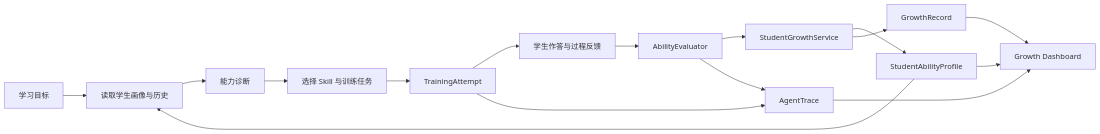
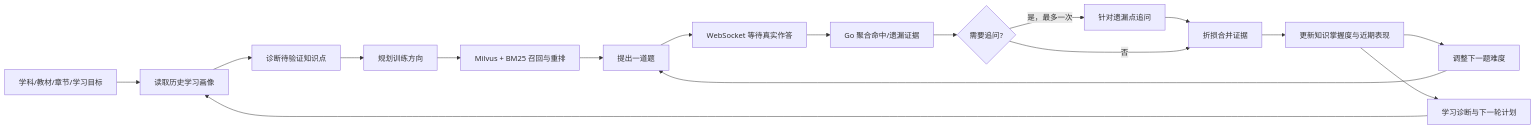
The diagram in README.md (haishuiwu/Interview-Agent), drawn with Mermaid before and after one commit. The commit also changed other lines of this file and 245 other files, not shown here.

````diff
--- a/README.md
+++ b/README.md
@@ -22,18 +22,19 @@
 ```mermaid
 flowchart LR
-    A[学习目标] --> B[读取学生画像与历史]
-    B --> C[能力诊断]
-    C --> D[选择 Skill 与训练任务]
-    D --> E[TrainingAttempt]
-    E --> F[学生作答与过程反馈]
-    F --> G[AbilityEvaluator]
-    G --> H[StudentGrowthService]
-    H --> I[StudentAbilityProfile]
-    H --> J[GrowthRecord]
-    I --> B
-    E --> K[AgentTrace]
-    G --> K
-    I --> L[Growth Dashboard]
-    J --> L
-    K --> L
+    A[学科/教材/章节/学习目标] --> B[读取历史学习画像]
+    B --> C[诊断待验证知识点]
+    C --> D[规划训练方向]
+    D --> E[Milvus + BM25 召回与重排]
+    E --> F[提出一道题]
+    F --> G[WebSocket 等待真实作答]
+    G --> H[Go 聚合命中/遗漏证据]
+    H --> I{需要追问?}
+    I -- 是，最多一次 --> J[针对遗漏点追问]
+    J --> K[折损合并证据]
+    I -- 否 --> K
+    K --> L[更新知识掌握度与近期表现]
+    L --> M[调整下一题难度]
+    M --> F
+    L --> N[学习诊断与下一轮计划]
+    N --> B
 ```
````
